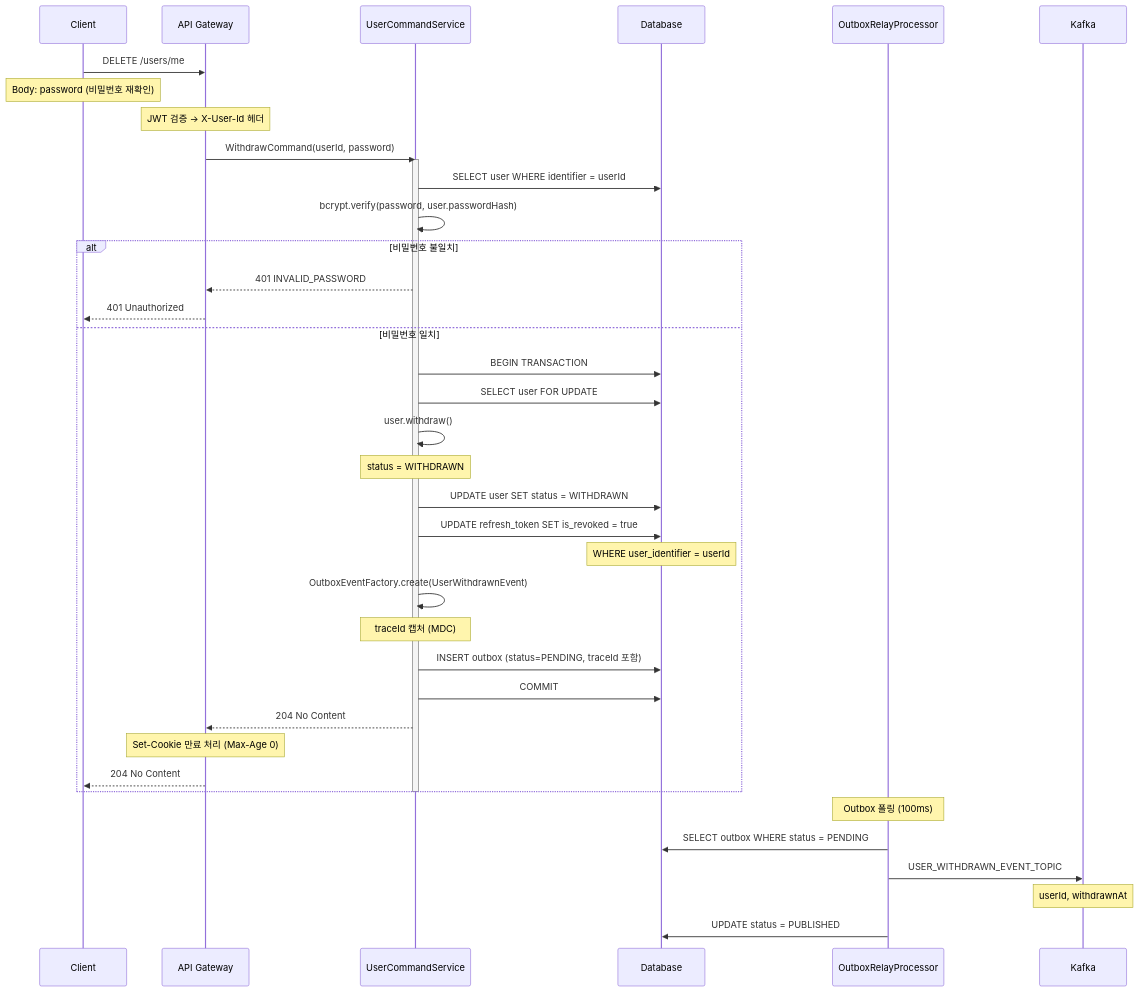
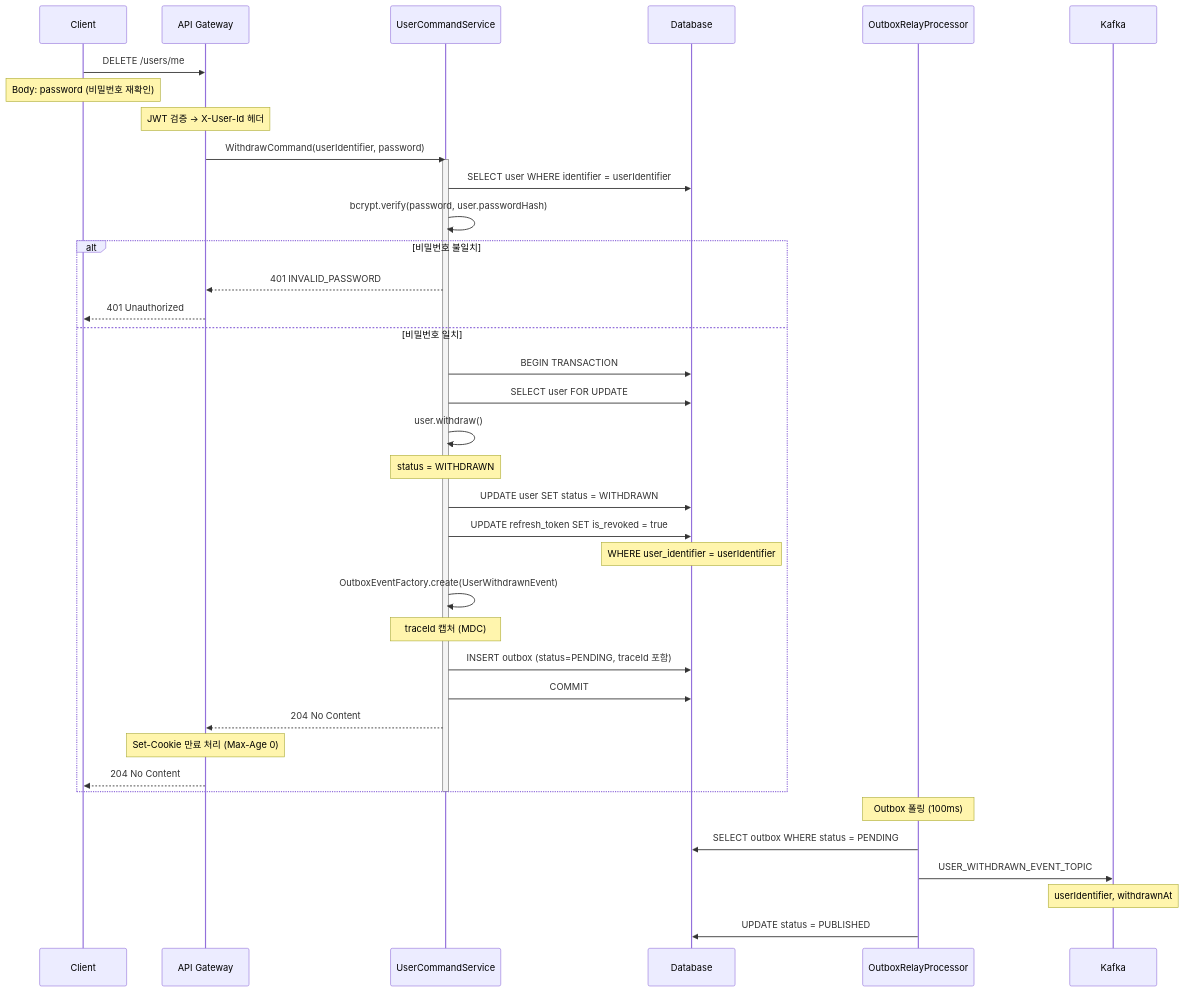
The sixth of 9 diagrams in backend/user/sequence-diagram.md (Trade-Pilot/.github), drawn with Mermaid before and after one commit. The commit also changed other lines of this file and 17 other files, not shown here.

````diff
--- a/backend/user/sequence-diagram.md
+++ b/backend/user/sequence-diagram.md
@@ -204,52 +204,52 @@
 ```mermaid
 sequenceDiagram
     participant Client
     participant GW as API Gateway
     participant US as UserCommandService
     participant DB as Database
     participant Relay as OutboxRelayProcessor
     participant Kafka as Kafka
 
     Client->>GW: DELETE /users/me
     Note over Client: Body: password (비밀번호 재확인)
     Note over GW: JWT 검증 → X-User-Id 헤더
 
-    GW->>US: WithdrawCommand(userId, password)
+    GW->>US: WithdrawCommand(userIdentifier, password)
 
     activate US
-    US->>DB: SELECT user WHERE identifier = userId
+    US->>DB: SELECT user WHERE identifier = userIdentifier
 
     US->>US: bcrypt.verify(password, user.passwordHash)
     alt 비밀번호 불일치
         US-->>GW: 401 INVALID_PASSWORD
         GW-->>Client: 401 Unauthorized
     else 비밀번호 일치
         US->>DB: BEGIN TRANSACTION
 
         US->>DB: SELECT user FOR UPDATE
         US->>US: user.withdraw()
         Note over US: status = WITHDRAWN
 
         US->>DB: UPDATE user SET status = WITHDRAWN
 
         US->>DB: UPDATE refresh_token SET is_revoked = true
-        Note over DB: WHERE user_identifier = userId
+        Note over DB: WHERE user_identifier = userIdentifier
 
         US->>US: OutboxEventFactory.create(UserWithdrawnEvent)
         Note over US: traceId 캡처 (MDC)
         US->>DB: INSERT outbox (status=PENDING, traceId 포함)
 
         US->>DB: COMMIT
 
         US-->>GW: 204 No Content
         Note over GW: Set-Cookie 만료 처리 (Max-Age 0)
         GW-->>Client: 204 No Content
     end
     deactivate US
 
     Note over Relay: Outbox 폴링 (100ms)
     Relay->>DB: SELECT outbox WHERE status = PENDING
     Relay->>Kafka: USER_WITHDRAWN_EVENT_TOPIC
-    Note over Kafka: userId, withdrawnAt
+    Note over Kafka: userIdentifier, withdrawnAt
     Relay->>DB: UPDATE status = PUBLISHED
 ```
````
